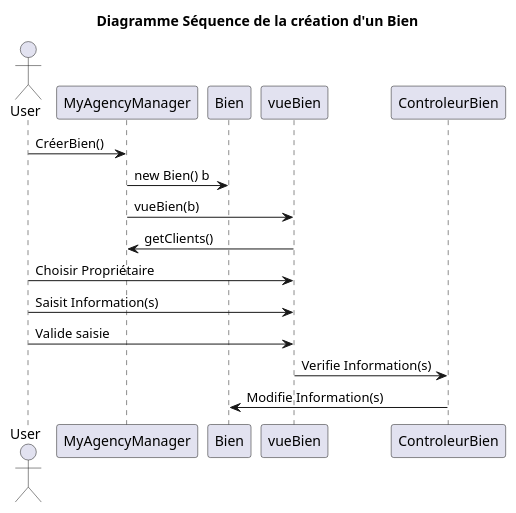
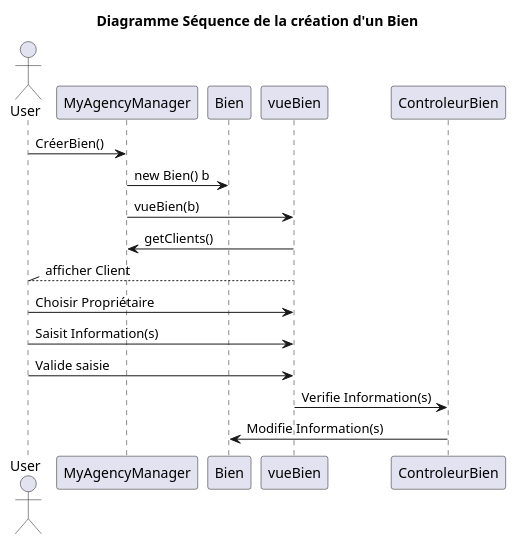
One commit to Arnaud-Sibade-Tlse/ProjetUML_Miashs changed the diagram in DossierConception/SeqCreerBien.pu. Above: the diagram before and after it, drawn with PlantUML. The commit also changed 1 other file, not shown here.

Commit message:
SEQUENCE : Créer Client/Bien
rectif prob

```diff
--- a/DossierConception/SeqCreerBien.pu
+++ b/DossierConception/SeqCreerBien.pu
@@ -1,19 +1,22 @@
 @startuml
 
 title Diagramme Séquence de la création d'un Bien
 
 actor User as U
 U -> MyAgencyManager :CréerBien()
 
 MyAgencyManager -> Bien :new Bien() b
 
 MyAgencyManager -> vueBien : vueBien(b)
 
 vueBien -> MyAgencyManager : getClients()
+
+U //-- vueBien :afficher Client
+
 U -> vueBien :Choisir Propriétaire
 U -> vueBien :Saisit Information(s)
 U -> vueBien :Valide saisie
 
 vueBien -> ControleurBien :Verifie Information(s)
 ControleurBien -> Bien :Modifie Information(s)
 @enduml
```
